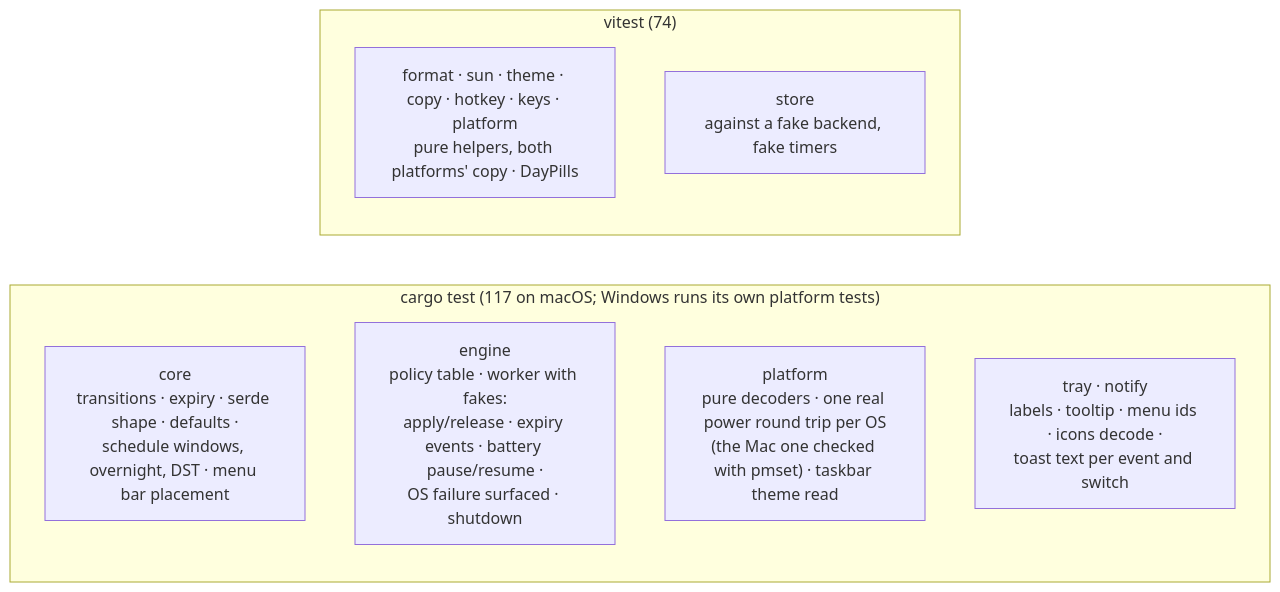
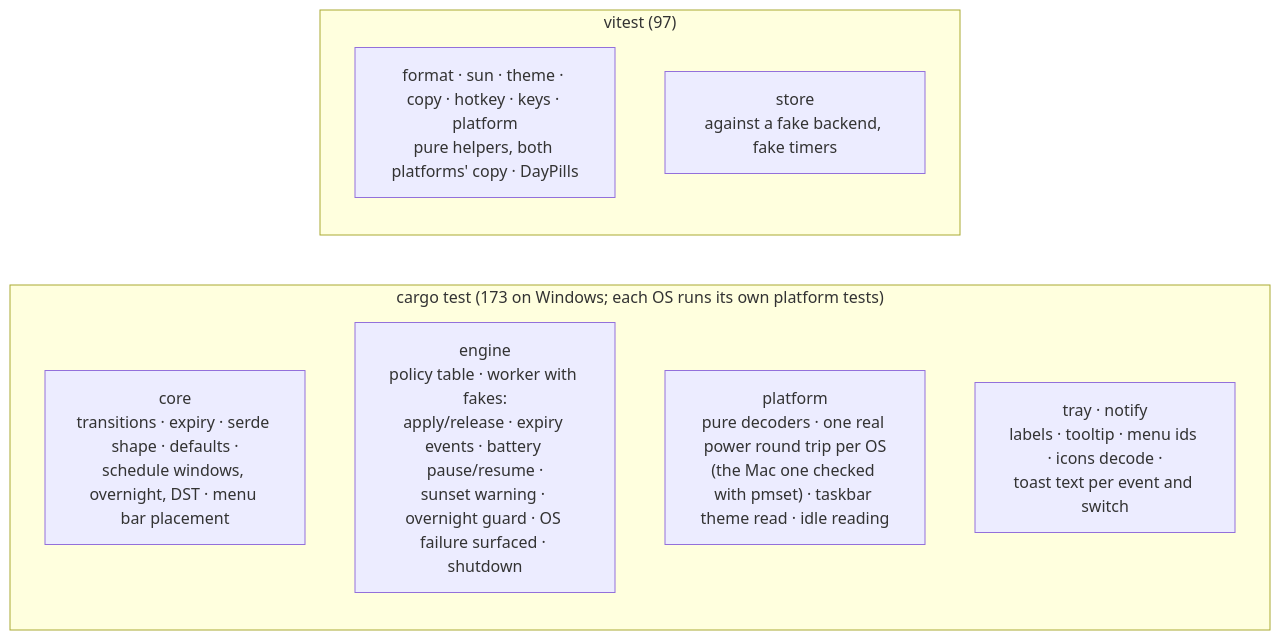
One commit to ax5hay/KeepMeAwake changed the fourth of 4 diagrams in docs/development.md. Above: the diagram before and after it, drawn with Mermaid. The commit also changed 9 other files, not shown here.

First line of the commit message:
docs: overnight guard in the guide, architecture and changelog

````diff
--- a/docs/development.md
+++ b/docs/development.md
@@ -182,13 +182,13 @@
 ```mermaid
 flowchart LR
-    subgraph rust["cargo test (117 on macOS; Windows runs its own platform tests)"]
+    subgraph rust["cargo test (173 on Windows; each OS runs its own platform tests)"]
         core_t["core<br/>transitions · expiry · serde shape · defaults ·<br/>schedule windows, overnight, DST · menu bar placement"]
-        engine_t["engine<br/>policy table · worker with fakes:<br/>apply/release · expiry events · battery pause/resume ·<br/>OS failure surfaced · shutdown"]
-        platform_t["platform<br/>pure decoders · one real power round trip per OS<br/>(the Mac one checked with pmset) · taskbar theme read"]
+        engine_t["engine<br/>policy table · worker with fakes:<br/>apply/release · expiry events · battery pause/resume ·<br/>sunset warning · overnight guard · OS failure surfaced · shutdown"]
+        platform_t["platform<br/>pure decoders · one real power round trip per OS<br/>(the Mac one checked with pmset) · taskbar theme read · idle reading"]
         tray_t["tray · notify<br/>labels · tooltip · menu ids · icons decode ·<br/>toast text per event and switch"]
     end
-    subgraph ui["vitest (74)"]
+    subgraph ui["vitest (97)"]
         fmt["format · sun · theme · copy · hotkey · keys · platform<br/>pure helpers, both platforms' copy · DayPills"]
         store_t["store<br/>against a fake backend, fake timers"]
     end
 ```
````
